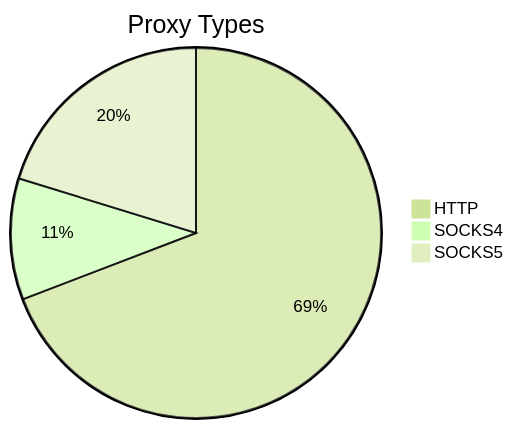
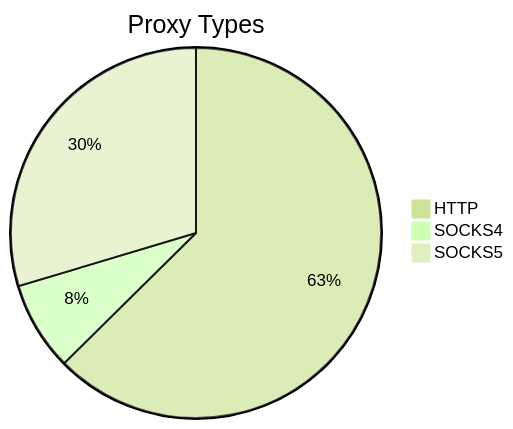
Before and after one commit to stormsia/proxy-list: the first of 2 diagrams in README.md, drawn with Mermaid (forest theme). The commit also changed other lines of this file, not shown here.

````diff
--- a/README.md
+++ b/README.md
@@ -21,6 +21,6 @@
 ```mermaid
 pie title Proxy Types
-    "HTTP" : 229
-    "SOCKS4" : 35
-    "SOCKS5" : 67
+    "HTTP" : 169
+    "SOCKS4" : 21
+    "SOCKS5" : 80
 ```
````
